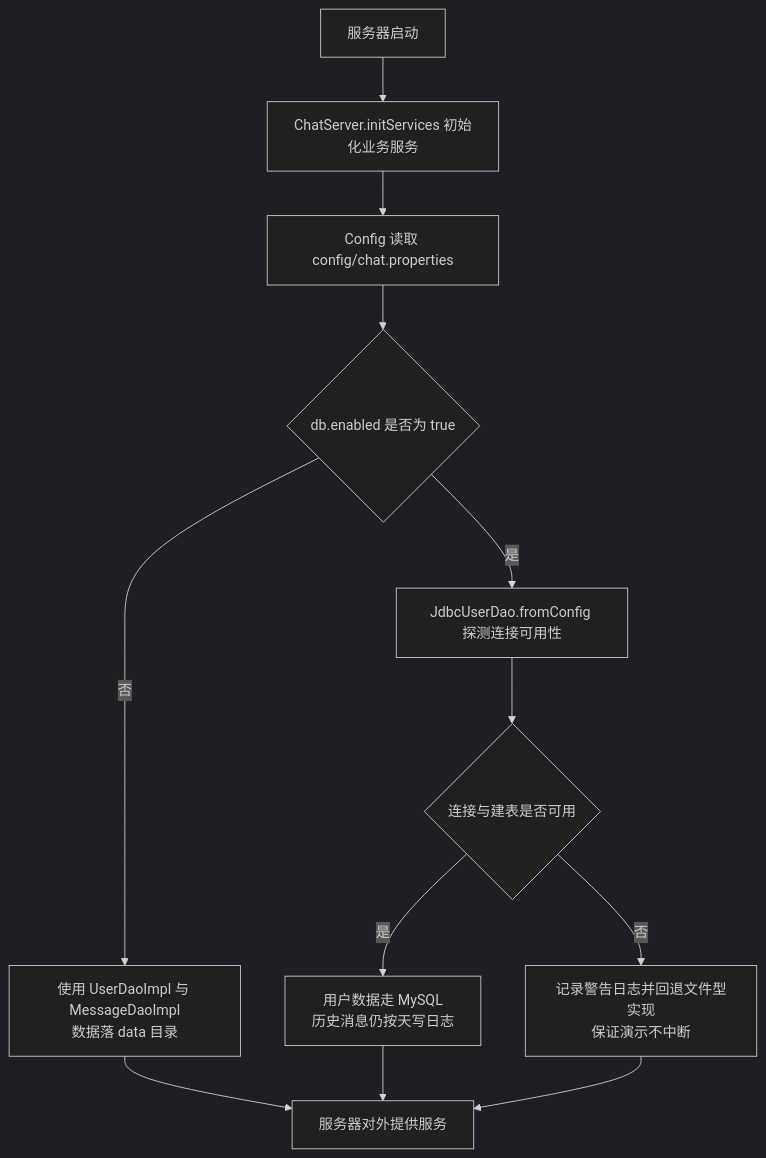
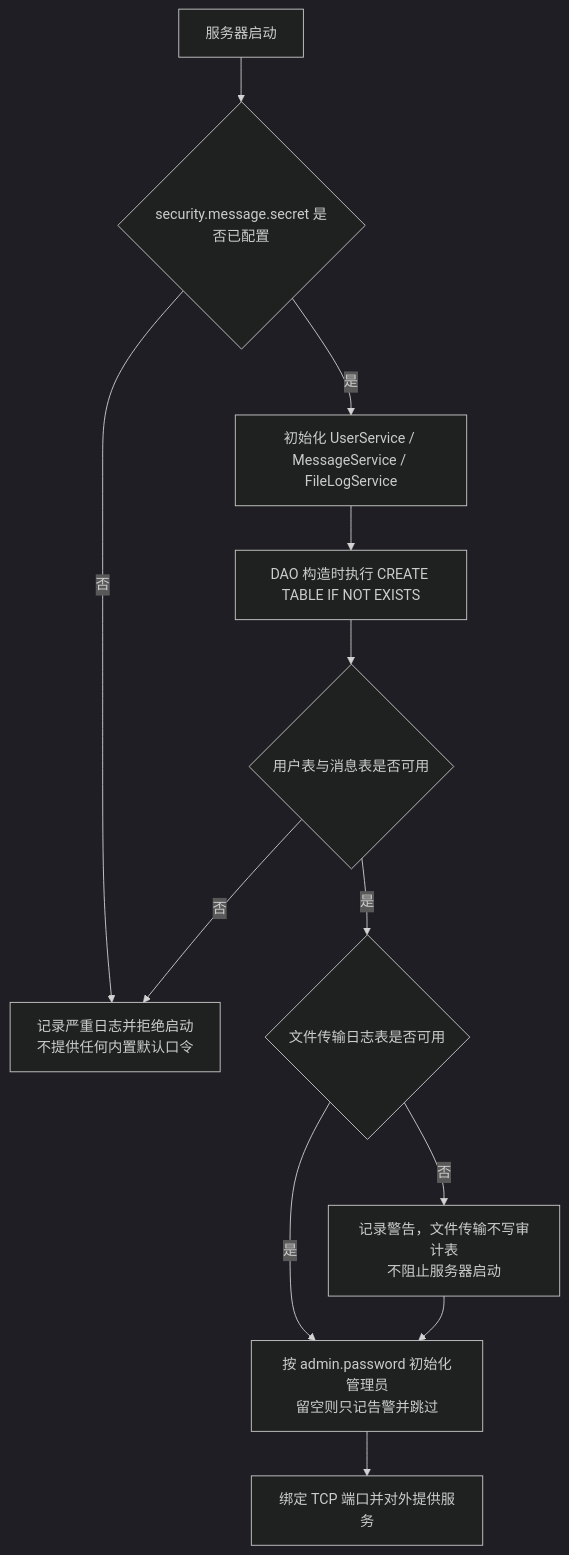
The first of 3 diagrams in docs/design/03-数据库与持久化设计.md (FeiTwnd/lanchat), drawn with Mermaid (dark theme) before and after one commit. The commit also changed other lines of this file and 9 other files, not shown here.

````diff
--- a/docs/design/03-数据库与持久化设计.md
+++ b/docs/design/03-数据库与持久化设计.md
@@ -33,14 +39,14 @@
 ```mermaid
 flowchart TD
-    START["服务器启动"] --> INIT["ChatServer.initServices 初始化业务服务"]
-    INIT --> READ["Config 读取 config/chat.properties"]
-    READ --> CHK{"db.enabled 是否为 true"}
-    CHK -->|否| FILE["使用 UserDaoImpl 与 MessageDaoImpl<br/>数据落 data 目录"]
-    CHK -->|是| PROBE["JdbcUserDao.fromConfig 探测连接可用性"]
-    PROBE --> AVAIL{"连接与建表是否可用"}
-    AVAIL -->|是| DB["用户数据走 MySQL<br/>历史消息仍按天写日志"]
-    AVAIL -->|否| FALLBACK["记录警告日志并回退文件型实现<br/>保证演示不中断"]
-    FILE --> READY["服务器对外提供服务"]
-    DB --> READY
-    FALLBACK --> READY
+    START["服务器启动"] --> SEC{"security.message.secret 是否已配置"}
+    SEC -->|否| REFUSE["记录严重日志并拒绝启动<br/>不提供任何内置默认口令"]
+    SEC -->|是| INIT["初始化 UserService / MessageService / FileLogService"]
+    INIT --> DDL["DAO 构造时执行 CREATE TABLE IF NOT EXISTS"]
+    DDL --> PROBE{"用户表与消息表是否可用"}
+    PROBE -->|否| REFUSE
+    PROBE -->|是| LOG{"文件传输日志表是否可用"}
+    LOG -->|否| WARN["记录警告，文件传输不写审计表<br/>不阻止服务器启动"]
+    LOG -->|是| ADMIN["按 admin.password 初始化管理员<br/>留空则只记告警并跳过"]
+    WARN --> ADMIN
+    ADMIN --> READY["绑定 TCP 端口并对外提供服务"]
 ```
````
